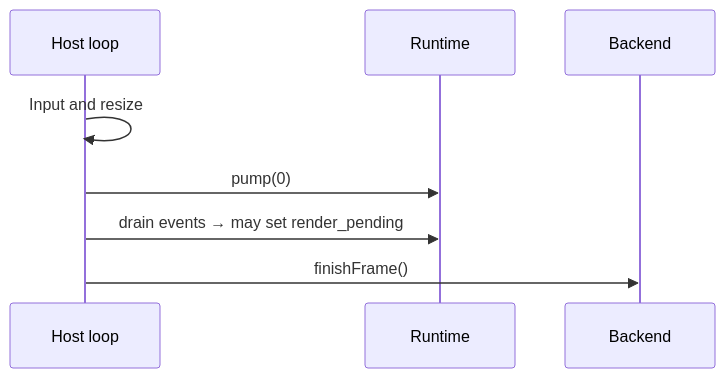
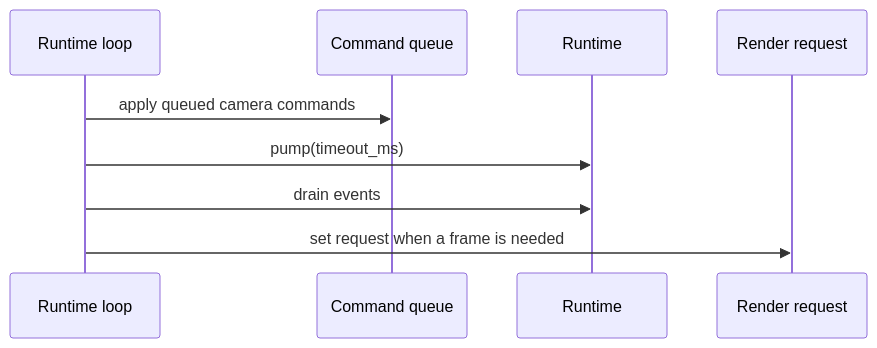
Before and after one commit to maplibre/maplibre-native-ffi: the third of 4 diagrams in docs/src/content/docs/development/map-example-specification.md, drawn with Mermaid. The commit also changed other lines of this file and 109 other files, not shown here.

````diff
--- a/docs/src/content/docs/development/map-example-specification.md
+++ b/docs/src/content/docs/development/map-example-specification.md
@@ -240,11 +382,12 @@
 ```mermaid
 sequenceDiagram
-  participant EL as Host loop
+  participant RTL as Runtime loop
+  participant CQ as Command queue
   participant RT as Runtime
-  participant BE as Backend
+  participant RQ as Render request
 
-  EL->>EL: Input and resize
-  EL->>RT: pump(0)
-  EL->>RT: drain events → may set render_pending
-  EL->>BE: finishFrame()
+  RTL->>CQ: apply queued camera commands
+  RTL->>RT: pump(timeout_ms)
+  RTL->>RT: drain events
+  RTL->>RQ: set request when a frame is needed
 ```
````
